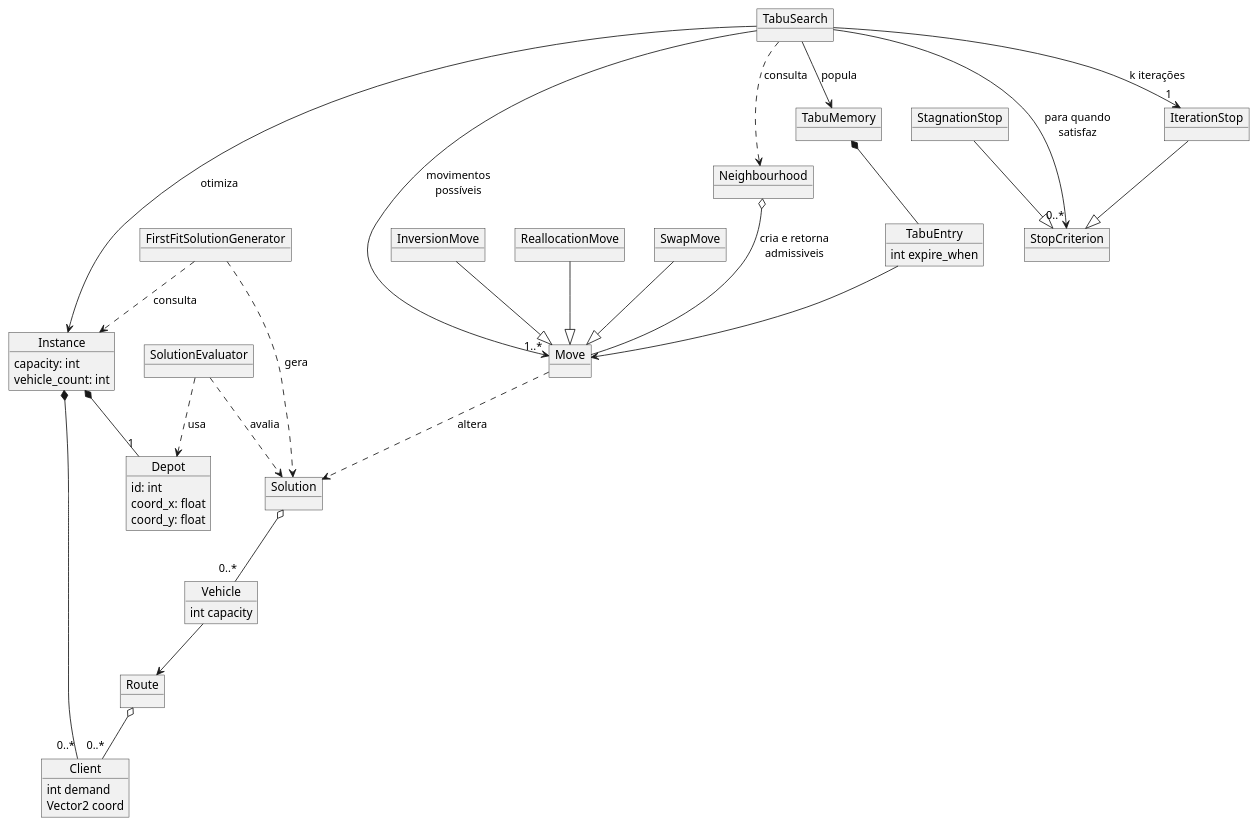
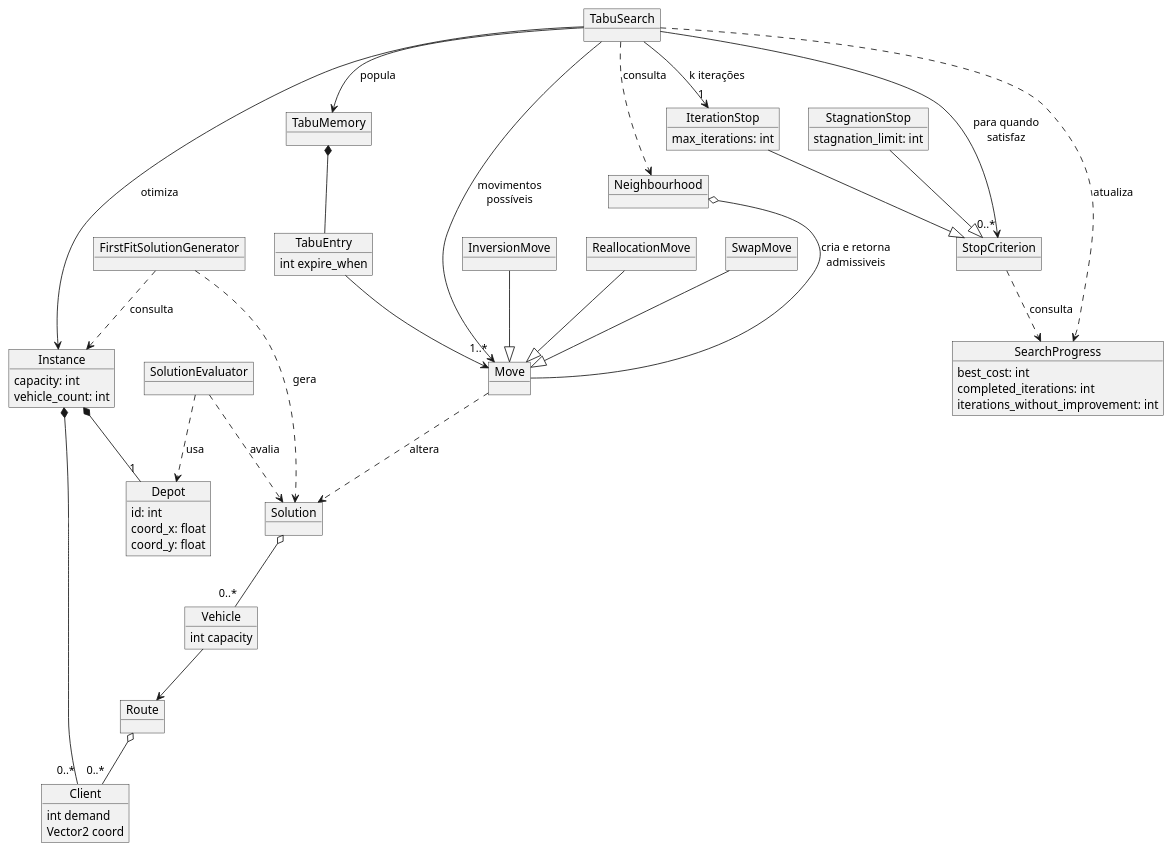
One commit to FelipePassarela/cvrp-tabu-search changed the diagram in docs/domain-model.puml. Above: the diagram before and after it, drawn with PlantUML. The commit also changed 8 other files, not shown here.

```diff
--- a/docs/domain-model.puml
+++ b/docs/domain-model.puml
@@ -1,72 +1,83 @@
 @startuml
 
 object "TabuSearch" as tabu
 object "Instance" as inst {
     capacity: int
     vehicle_count: int
 }
 
 object "Move" as move
 object "InversionMove" as invmo
 object "ReallocationMove" as remo
 object "SwapMove" as smove
 object "Neighbourhood" as neigh
 
 object "TabuMemory" as tlist
 object "TabuEntry" as tentry {
     int expire_when
 }
 
 object "StopCriterion" as stop
-object "IterationStop" as istop
-object "StagnationStop" as stagstop
+object "IterationStop" as istop {
+    max_iterations: int
+}
+object "StagnationStop" as stagstop {
+    stagnation_limit: int
+}
+object "SearchProgress" as progress {
+    best_cost: int
+    completed_iterations: int
+    iterations_without_improvement: int
+}
 
 object "Client" as client {
     int demand
     Vector2 coord
 }
 object "Depot" as depot {
     id: int
     coord_x: float
     coord_y: float
 }
 object "Route" as rote
 object "Vehicle" as vehi {
     int capacity
 }
 
 object "Solution" as sol
 object "FirstFitSolutionGenerator" as solgen
 object "SolutionEvaluator" as eval
 
 inst *-- "0..*" client
 inst *-- "1" depot
 tabu --> inst : otimiza
 
 smove --|> move
 remo --|> move
 invmo --|> move
 move ..> sol : altera
 neigh o-- move : cria e retorna\nadmissiveis
 tabu --> "1..*" move : movimentos\npossíveis
 tabu ..> neigh : consulta
 
 istop --|> stop
 stagstop --|> stop
+stop ..> progress : consulta
+tabu ..> progress : atualiza
 tabu --> "0..*" stop : para quando\nsatisfaz
 tabu --> "1" istop : k iterações
 
 rote o-- "0..*" client
 vehi --> rote
 
 sol o-- "0..*" vehi
 solgen ..> sol : gera
 solgen ..> inst : consulta
 eval ..> sol : avalia
 eval ..> depot : usa
 
 tentry --> move
 tlist *-- tentry
 tabu --> tlist : popula
 
 @enduml
```
